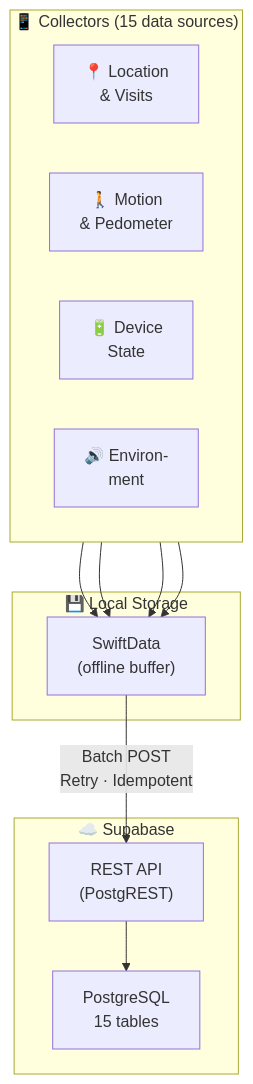
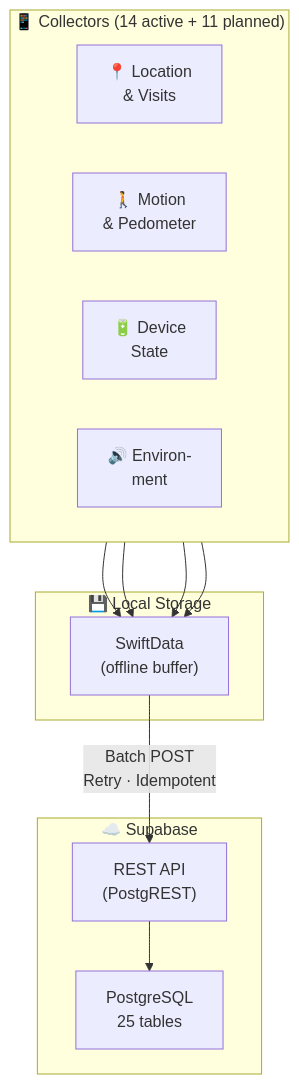
Before and after one commit to EnixCoda/ClawAntenna: the diagram in README.md, drawn with Mermaid. The commit also changed other lines of this file, not shown here.

Commit message:
Update README: 14 active collectors, 11 planned, extended roadmap to 12 phases

````diff
--- a/README.md
+++ b/README.md
@@ -405,23 +415,23 @@
 ```mermaid
 flowchart TB
-    subgraph Collectors["📱 Collectors (15 data sources)"]
+    subgraph Collectors["📱 Collectors (14 active + 11 planned)"]
         direction LR
         L["📍 Location\n& Visits"]
         M["🚶 Motion\n& Pedometer"]
         D["🔋 Device\nState"]
         E["🔊 Environ-\nment"]
     end
 
     subgraph Local["💾 Local Storage"]
         SD["SwiftData\n(offline buffer)"]
     end
 
     subgraph Cloud["☁️ Supabase"]
         API["REST API\n(PostgREST)"]
-        DB["PostgreSQL\n15 tables"]
+        DB["PostgreSQL\n25 tables"]
     end
 
     L & M & D & E --> SD
     SD -->|"Batch POST\nRetry · Idempotent"| API
     API --> DB
 ```
````
